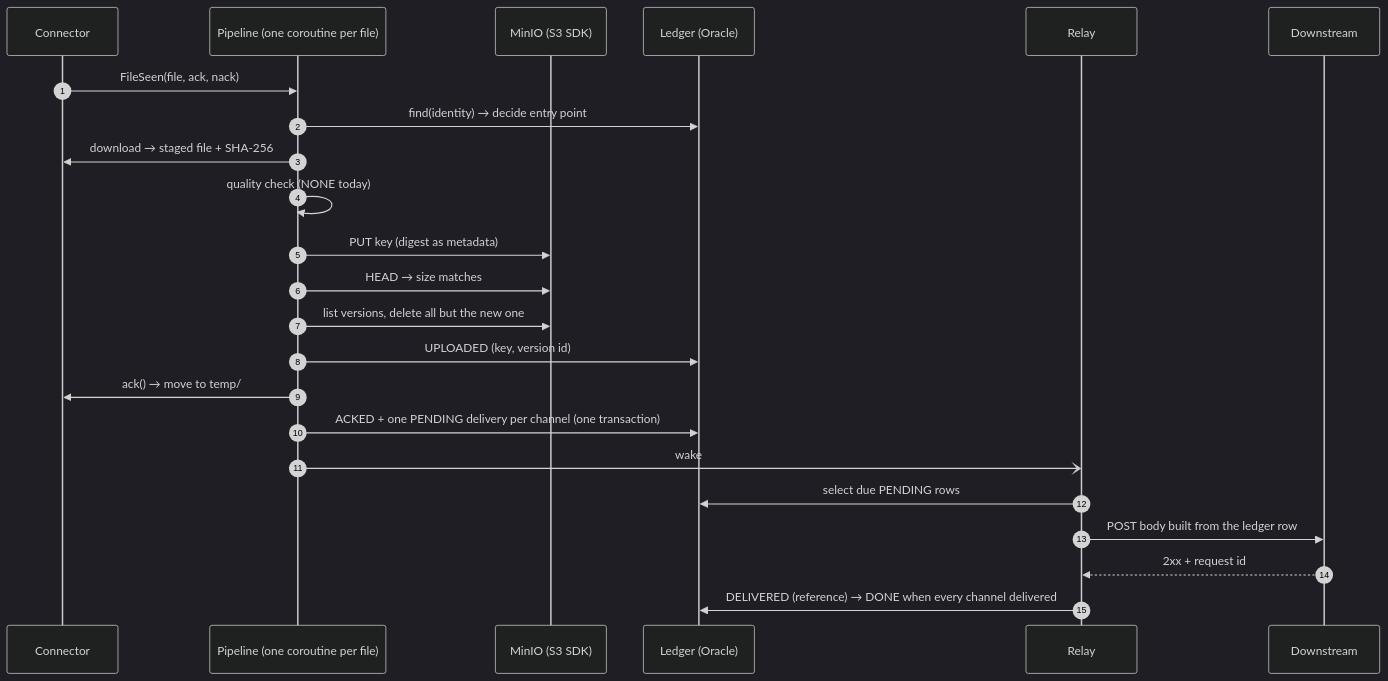
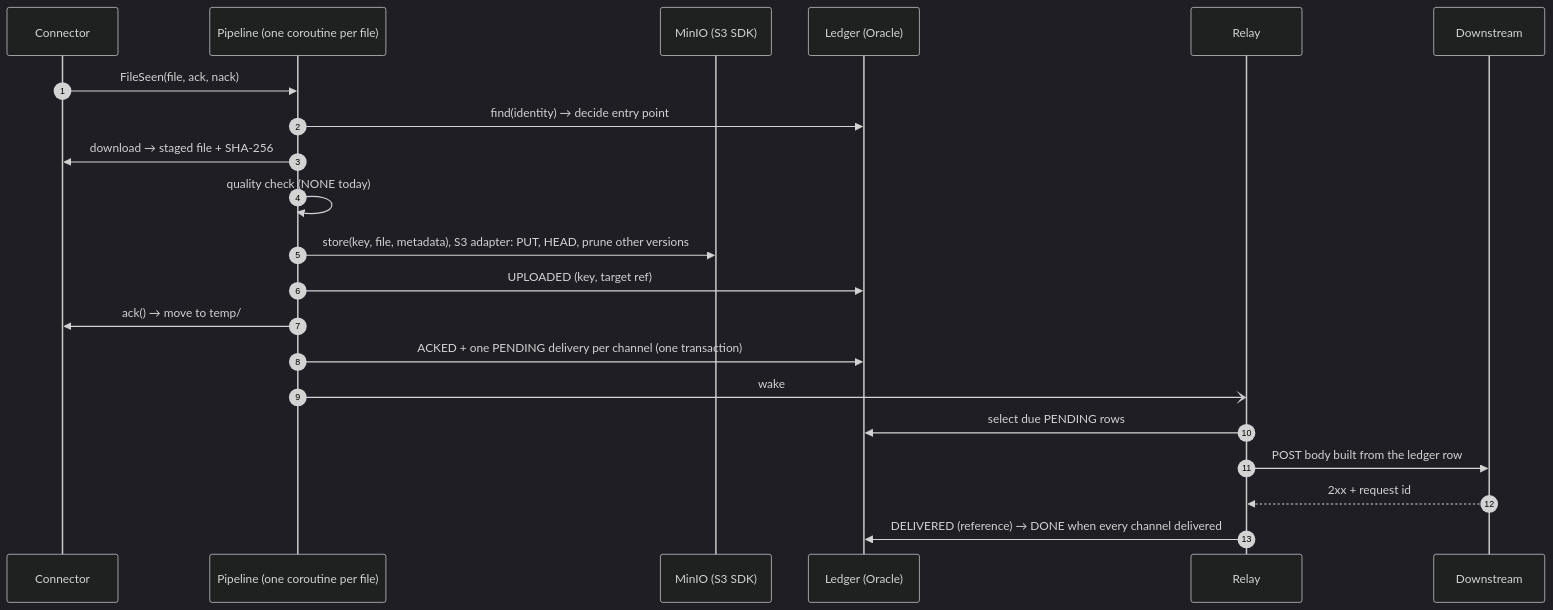
The fourth of 6 diagrams in docs/sftpingest/overview.md (Chang-Chia-Chi/Kotlin_Practice), drawn with Mermaid (dark theme) before and after one commit. The commit also changed other lines of this file and 10 other files, not shown here.

````diff
--- a/docs/sftpingest/overview.md
+++ b/docs/sftpingest/overview.md
@@ -150,26 +150,24 @@
 ```mermaid
 sequenceDiagram
     autonumber
     participant C as Connector
     participant P as Pipeline (one coroutine per file)
     participant S as MinIO (S3 SDK)
     participant L as Ledger (Oracle)
     participant R as Relay
     participant D as Downstream
 
     C->>P: FileSeen(file, ack, nack)
     P->>L: find(identity) → decide entry point
     P->>C: download → staged file + SHA-256
     P->>P: quality check (NONE today)
-    P->>S: PUT key (digest as metadata)
-    P->>S: HEAD → size matches
-    P->>S: list versions, delete all but the new one
-    P->>L: UPLOADED (key, version id)
+    P->>S: store(key, file, metadata), S3 adapter: PUT, HEAD, prune other versions
+    P->>L: UPLOADED (key, target ref)
     P->>C: ack() → move to temp/
     P->>L: ACKED + one PENDING delivery per channel (one transaction)
     P-)R: wake
     R->>L: select due PENDING rows
     R->>D: POST body built from the ledger row
     D-->>R: 2xx + request id
     R->>L: DELIVERED (reference) → DONE when every channel delivered
 ```
````
